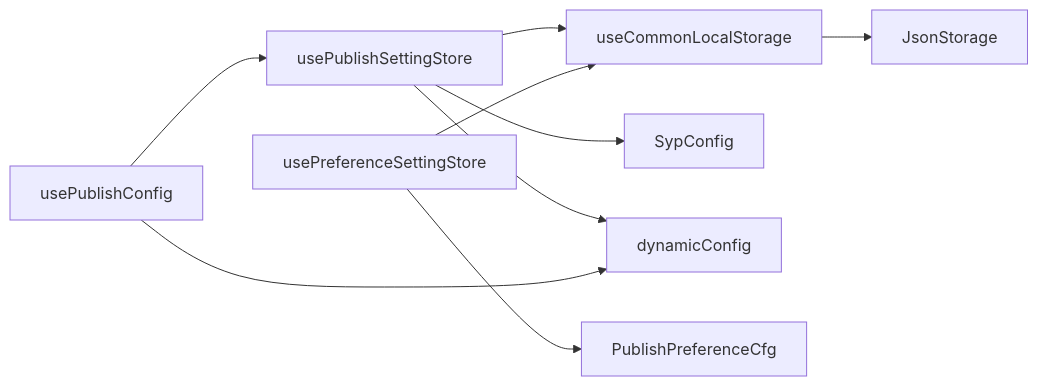
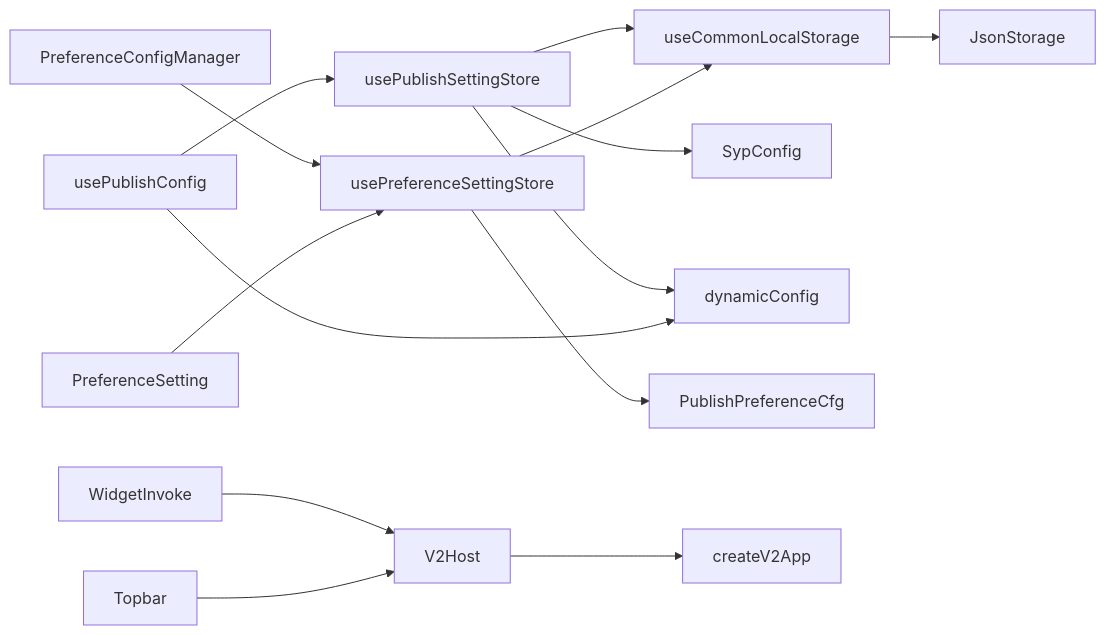
Before and after one commit to terwer/siyuan-plugin-publisher: the sixth of 6 diagrams in .qoder/repowiki/zh/content/配置管理系统/配置管理系统.md, drawn with Mermaid. The commit also changed other lines of this file and 12 other files, not shown here.

````diff
--- a/.qoder/repowiki/zh/content/配置管理系统/配置管理系统.md
+++ b/.qoder/repowiki/zh/content/配置管理系统/配置管理系统.md
@@ -280,11 +392,16 @@
 ```mermaid
 graph LR
 A["usePublishSettingStore"] --> B["useCommonLocalStorage"]
 B --> C["JsonStorage"]
 A --> D["SypConfig"]
 A --> E["dynamicConfig"]
 F["usePublishConfig"] --> A
 F --> E
 G["usePreferenceSettingStore"] --> H["PublishPreferenceCfg"]
 G --> B
+I["PreferenceConfigManager"] --> G
+J["V2Host"] --> K["createV2App"]
+L["WidgetInvoke"] --> J
+M["Topbar"] --> J
+N["PreferenceSetting"] --> G
 ```
````
